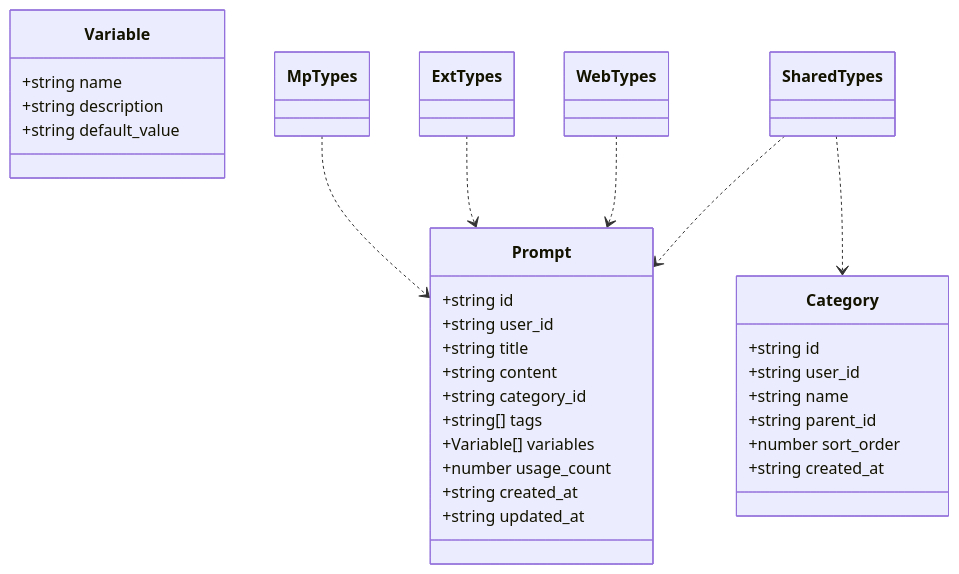
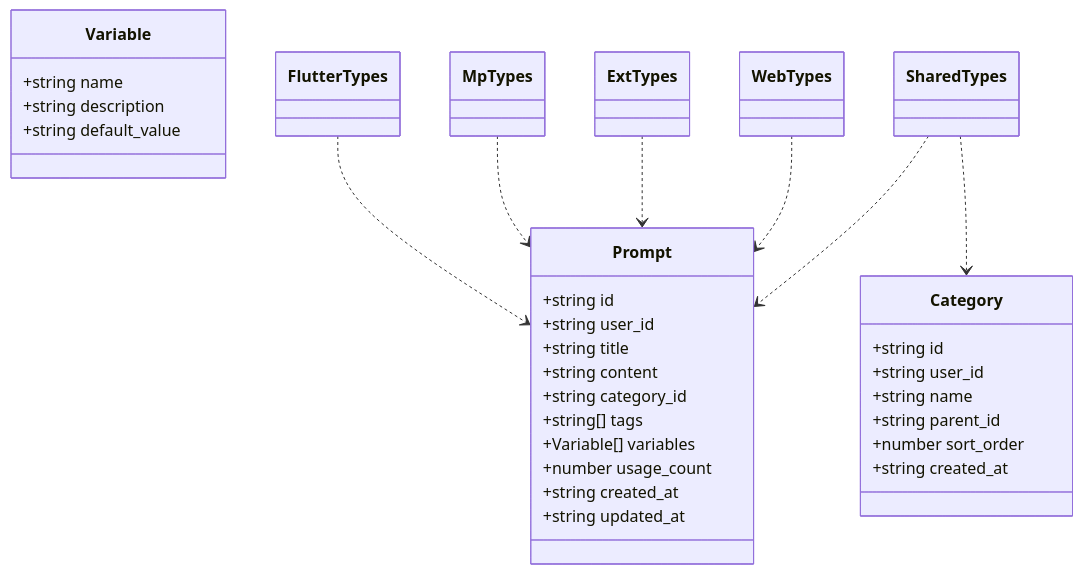
One commit to longlong007/PromptsManager changed the sixth of 8 diagrams in note/module.mmd. Above: the diagram before and after it, drawn with Mermaid. The commit also changed other lines of this file and 15 other files, not shown here.

Commit message:
feat: 优化画图

````diff
--- a/note/module.mmd
+++ b/note/module.mmd
@@ -185,41 +260,43 @@
 ```mermaid
 classDiagram
     class Prompt {
         +string id
         +string user_id
         +string title
         +string content
         +string category_id
         +string[] tags
         +Variable[] variables
         +number usage_count
         +string created_at
         +string updated_at
     }
 
     class Category {
         +string id
         +string user_id
         +string name
         +string parent_id
         +number sort_order
         +string created_at
     }
 
     class Variable {
         +string name
         +string description
         +string default_value
     }
 
     class SharedTypes
     class WebTypes
     class ExtTypes
     class MpTypes
+    class FlutterTypes
 
     SharedTypes ..> Prompt
     SharedTypes ..> Category
     WebTypes ..> Prompt
     ExtTypes ..> Prompt
     MpTypes ..> Prompt
+    FlutterTypes ..> Prompt
 ```
````
